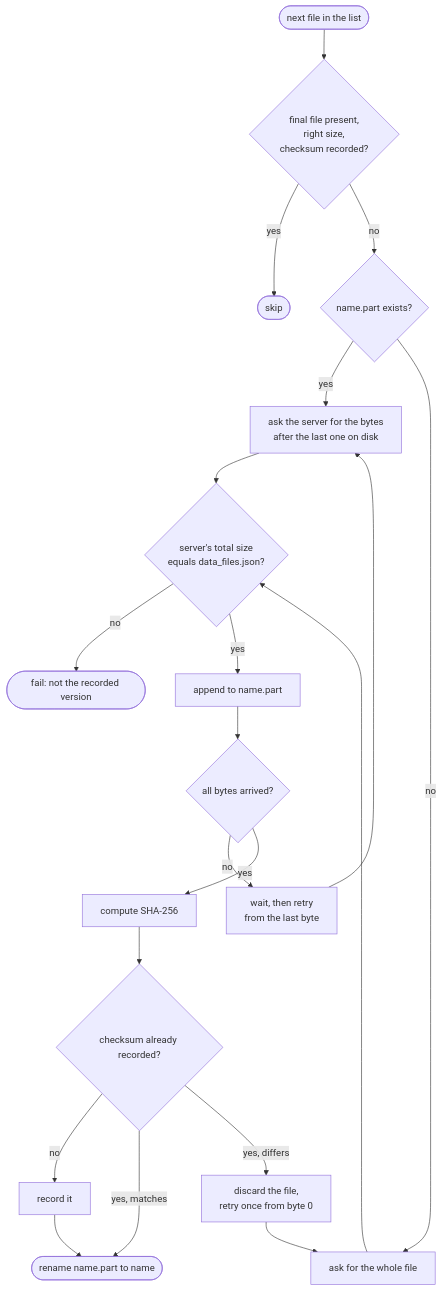
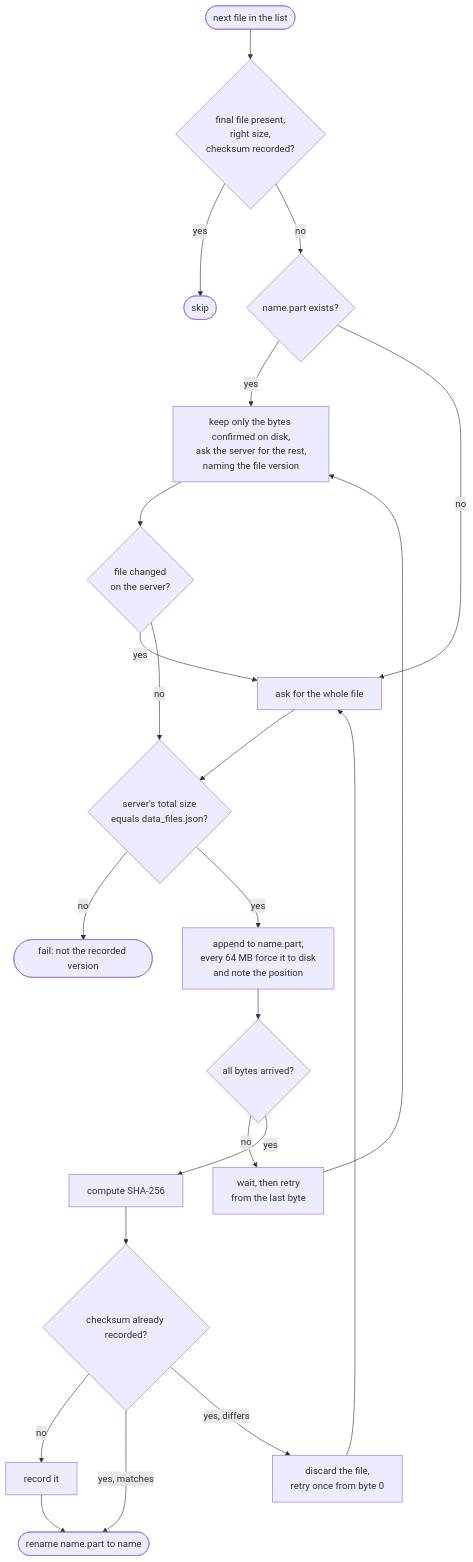
One commit to Yacin1102/Lunar-Landing-Site-Navigator changed the second of 2 diagrams in docs/ARCHITECTURE.md. Above: the diagram before and after it, drawn with Mermaid. The commit also changed other lines of this file and 5 other files, not shown here.

````diff
--- a/docs/ARCHITECTURE.md
+++ b/docs/ARCHITECTURE.md
@@ -38,19 +38,21 @@
 ```mermaid
 flowchart TD
     start([next file in the list]) --> done{final file present,<br/>right size,<br/>checksum recorded?}
     done -- yes --> skip([skip])
     done -- no --> part{name.part exists?}
-    part -- yes --> range[ask the server for the bytes<br/>after the last one on disk]
+    part -- yes --> range[keep only the bytes confirmed on disk,<br/>ask the server for the rest,<br/>naming the file version]
     part -- no --> fresh[ask for the whole file]
-    range --> size{server's total size<br/>equals data_files.json?}
+    range --> changed{file changed<br/>on the server?}
+    changed -- yes --> fresh
+    changed -- no --> size{server's total size<br/>equals data_files.json?}
     fresh --> size
     size -- no --> fail([fail: not the recorded version])
-    size -- yes --> write[append to name.part]
+    size -- yes --> write["append to name.part,<br/>every 64 MB force it to disk<br/>and note the position"]
     write --> full{all bytes arrived?}
     full -- no --> wait[wait, then retry<br/>from the last byte] --> range
     full -- yes --> hash[compute SHA-256]
     hash --> known{checksum already recorded?}
     known -- no --> record[record it] --> rename
     known -- "yes, matches" --> rename([rename name.part to name])
     known -- "yes, differs" --> discard[discard the file,<br/>retry once from byte 0] --> fresh
 ```
````
